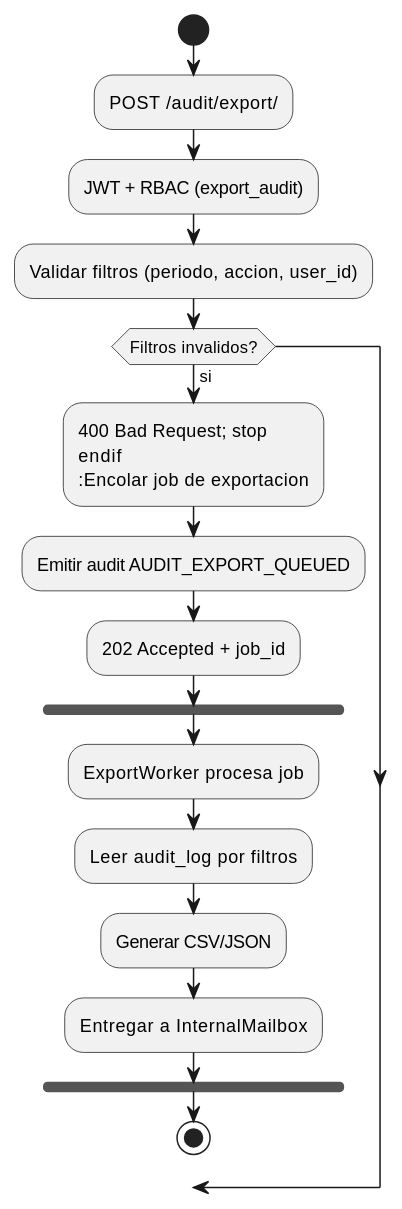
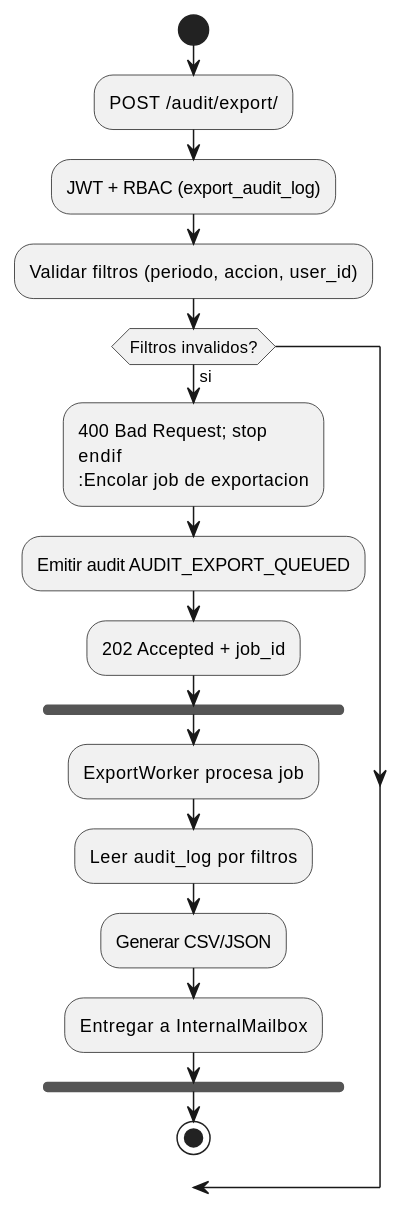
The second of 4 diagrams in source/requisitos/casos-uso/audit/uc-aud-03/diagramas-uml.rst (jcg-admin/IACT-docs), drawn with PlantUML before and after one commit. The commit also changed other lines of this file and 157 other files, not shown here.

First line of the commit message:
Enforce catalog function names across all diagrams

```diff
--- a/source/requisitos/casos-uso/audit/uc-aud-03/diagramas-uml.rst
+++ b/source/requisitos/casos-uso/audit/uc-aud-03/diagramas-uml.rst
@@ -32,21 +32,21 @@
 .. uml::
 
  @startuml
  start
  :POST /audit/export/;
- :JWT + RBAC (export_audit);
+ :JWT + RBAC (export_audit_log);
  :Validar filtros (periodo, accion, user_id);
  if (Filtros invalidos?) then (si)
    :400 Bad Request; stop
  endif
  :Encolar job de exportacion;
  :Emitir audit AUDIT_EXPORT_QUEUED;
  :202 Accepted + job_id;
  fork
    :ExportWorker procesa job;
    :Leer audit_log por filtros;
    :Generar CSV/JSON;
    :Entregar a InternalMailbox;
  endfork
  stop
  @enduml
```
